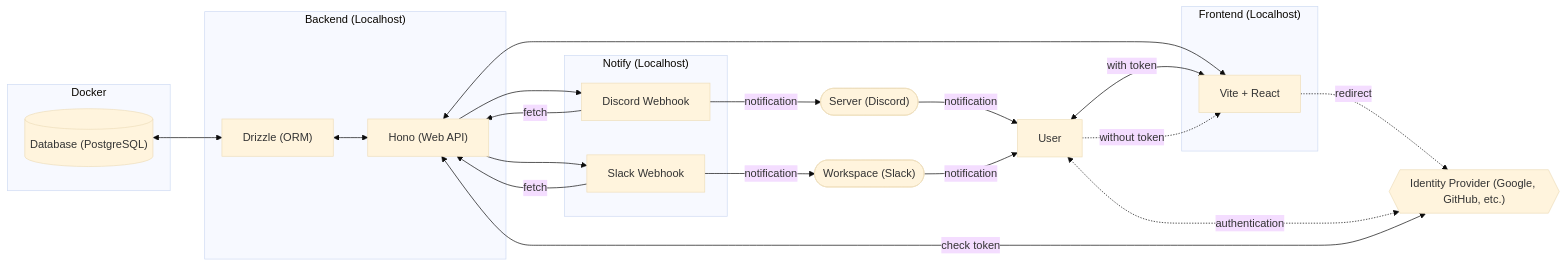
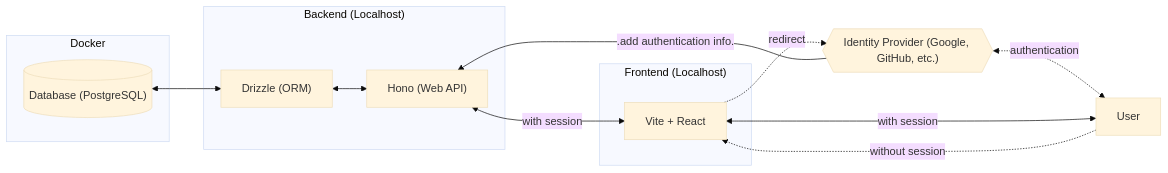
One commit to Pay-Crew/pay-crew2 changed the first of 3 diagrams in README.md. Above: the diagram before and after it, drawn with Mermaid (base theme). The commit also changed other lines of this file and 23 other files, not shown here.

````diff
--- a/README.md
+++ b/README.md
@@ -261,43 +249,27 @@
 ```mermaid
 graph LR;
     db[("Database (PostgreSQL)")]
     drizzle["Drizzle (ORM)"]
     hono["Hono (Web API)"]
-    discord["Discord Webhook"]
-    slack["Slack Webhook"]
     frontend["Vite + React"]
     idp{{"Identity Provider (Google, GitHub, etc.)"}}
-    server(["Server (Discord)"])
-    workspace(["Workspace (Slack)"])
     user["User"]
 
     subgraph "Docker"
         db
     end
     db <--> drizzle
     subgraph "Backend (Localhost)"
         drizzle
         drizzle <--> hono
     end
-    subgraph "Notify (Localhost)"
-        discord
-        slack
-    end
-    hono --> discord
-    discord --fetch--> hono
-    hono --> slack
-    slack --fetch--> hono
-    hono <--> frontend
+    hono <--with session--> frontend
     subgraph "Frontend (Localhost)"
         frontend
     end
     idp <-.authentication.-> user
-    idp <--check token--> hono
+    idp --.add authentication info.--> hono
     frontend -.redirect.-> idp
-    user <--with token--> frontend
-    user -.without token.-> frontend
-    discord --notification--> server
-    slack --notification--> workspace
-    server --notification--> user
-    workspace --notification--> user
+    user <--with session--> frontend
+    user -.without session.-> frontend
 ```
````
